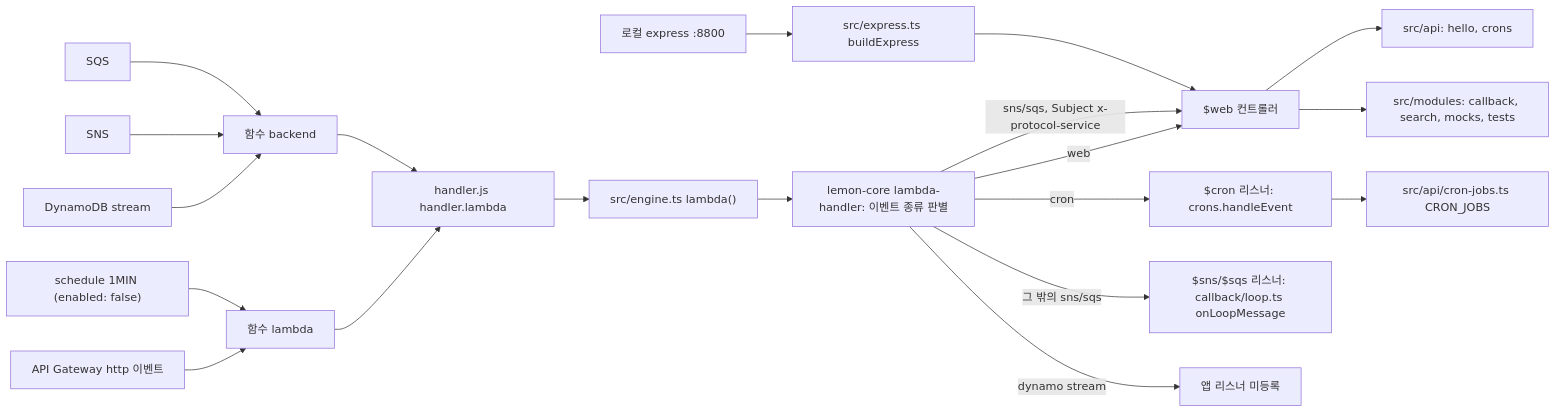
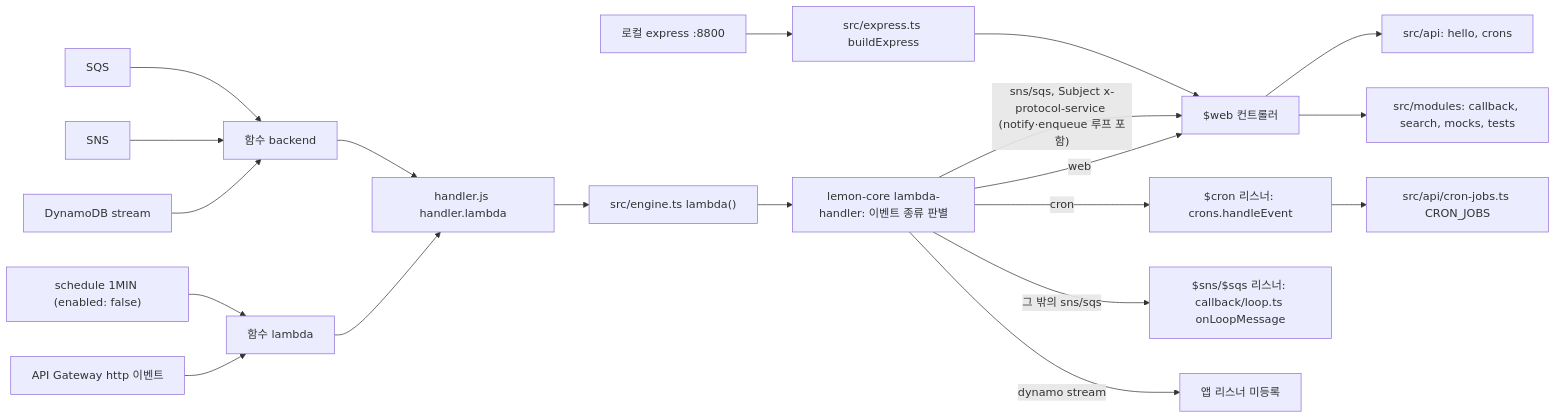
Before and after one commit to lemoncloud-io/lemon-templates-api: the diagram in README.md, drawn with Mermaid. The commit also changed other lines of this file and 7 other files, not shown here.

First line of the commit message:
feat(callback): notify/enqueue loop kinds via protocol service

````diff
--- a/README.md
+++ b/README.md
@@ -47,22 +47,22 @@
 ```mermaid
 flowchart LR
     APIGW["API Gateway http 이벤트"] --> FL["함수 lambda"]
     SCH["schedule 1MIN (enabled: false)"] --> FL
     DDB["DynamoDB stream"] --> FB["함수 backend"]
     SNS["SNS"] --> FB
     SQS["SQS"] --> FB
     FL --> H["handler.js handler.lambda"]
     FB --> H
     H --> ENG["src/engine.ts lambda()"]
     ENG --> LC["lemon-core lambda-handler: 이벤트 종류 판별"]
     LC -- "web" --> WEB["$web 컨트롤러"]
-    LC -- "sns/sqs, Subject x-protocol-service" --> WEB
+    LC -- "sns/sqs, Subject x-protocol-service (notify·enqueue 루프 포함)" --> WEB
     LC -- "cron" --> CRON["$cron 리스너: crons.handleEvent"]
     CRON --> JOBS["src/api/cron-jobs.ts CRON_JOBS"]
     LC -- "그 밖의 sns/sqs" --> LOOP["$sns/$sqs 리스너: callback/loop.ts onLoopMessage"]
     LC -- "dynamo stream" --> NONE["앱 리스너 미등록"]
     LOCAL["로컬 express :8800"] --> EXP["src/express.ts buildExpress"]
     EXP --> WEB
     WEB --> API["src/api: hello, crons"]
     WEB --> MOD["src/modules: callback, search, mocks, tests"]
 ```
````
